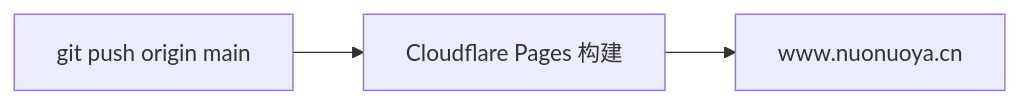
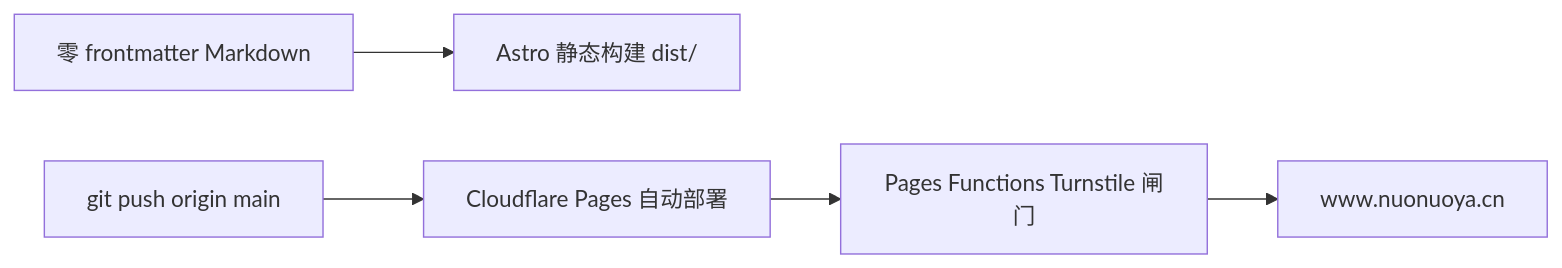
Before and after one commit to pluchon/link_cloudfare_website: the diagram in README.md, drawn with Mermaid. The commit also changed other lines of this file and 13 other files, not shown here.

````diff
--- a/README.md
+++ b/README.md
@@ -90,5 +62,7 @@
 ```mermaid
 flowchart LR
-    Push[git push origin main] --> Pages[Cloudflare Pages 构建]
-    Pages --> Site[www.nuonuoya.cn]
+    MD[零 frontmatter Markdown] --> Astro[Astro 静态构建 dist/]
+    Git[git push origin main] --> Pages[Cloudflare Pages 自动部署]
+    Pages --> Gate[Pages Functions Turnstile 闸门]
+    Gate --> Site[www.nuonuoya.cn]
 ```
````
